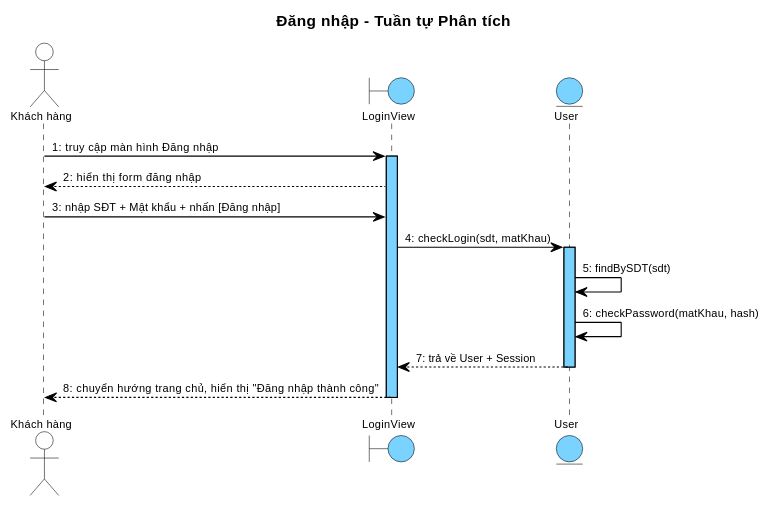
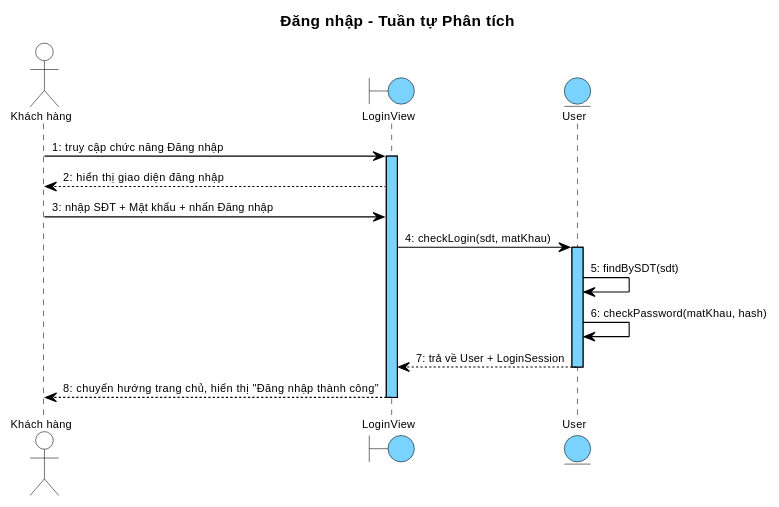
One commit to thanhtrnnn/cnpm changed the third of 7 diagrams in docs/tabs/section-account-ii.md. Above: the diagram before and after it, drawn with PlantUML. The commit also changed other lines of this file and 17 other files, not shown here.

First line of the commit message:
feat: deep audit Pha I+II theo skill cnpm — Ngoại lệ, entity diagram, class diagram

````diff
--- a/docs/tabs/section-account-ii.md
+++ b/docs/tabs/section-account-ii.md
@@ -165,71 +351,71 @@
 ```plantuml
 @startuml
 skinparam shadowing false
 skinparam SequenceMessageAlign left
 
 skinparam SequenceLifeLineBackgroundColor #7AD2FF
 skinparam SequenceLifeLineBorderColor #000000
 
 <style>
 sequenceDiagram {
   Shadowing 0
   RoundCorner 0
   FontName "Arial"
   FontSize 10
   FontColor #000000
 
   participant {
     BackgroundColor #7AD2FF
     LineColor #000000
     LineThickness 1
   }
 
   actor {
     BackgroundColor transparent
     LineColor #000000
   }
   boundary {
     BackgroundColor #7AD2FF
     LineColor #000000
   }
   control {
     BackgroundColor #7AD2FF
     LineColor #000000
   }
   entity {
     BackgroundColor #7AD2FF
     LineColor #000000
   }
 
   lifeline {
     LineColor #000000
     LineStyle 5-5
   }
 
   arrow {
     LineColor #000000
     LineThickness 1
     FontSize 10
   }
 }
 </style>
 title Đăng nhập – Tuần tự Phân tích
 
 actor "Khách hàng" as KH
 boundary LoginView as B1
 entity User as E1
 
-KH -> B1 : 1: truy cập màn hình Đăng nhập
+KH -> B1 : 1: truy cập chức năng Đăng nhập
 activate B1
-B1 --> KH : 2: hiển thị form đăng nhập
-KH -> B1 : 3: nhập SĐT + Mật khẩu + nhấn [Đăng nhập]
+B1 --> KH : 2: hiển thị giao diện đăng nhập
+KH -> B1 : 3: nhập SĐT + Mật khẩu + nhấn Đăng nhập
 B1 -> E1 : 4: checkLogin(sdt, matKhau)
 activate E1
 E1 -> E1 : 5: findBySDT(sdt)
 E1 -> E1 : 6: checkPassword(matKhau, hash)
-E1 --> B1 : 7: trả về User + Session
+E1 --> B1 : 7: trả về User + LoginSession
 deactivate E1
 B1 --> KH : 8: chuyển hướng trang chủ, hiển thị "Đăng nhập thành công"
 deactivate B1
 @enduml
 ```
````
